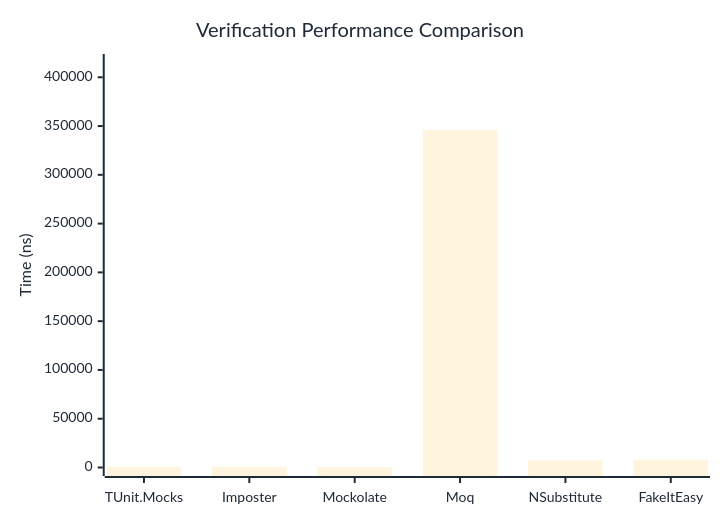
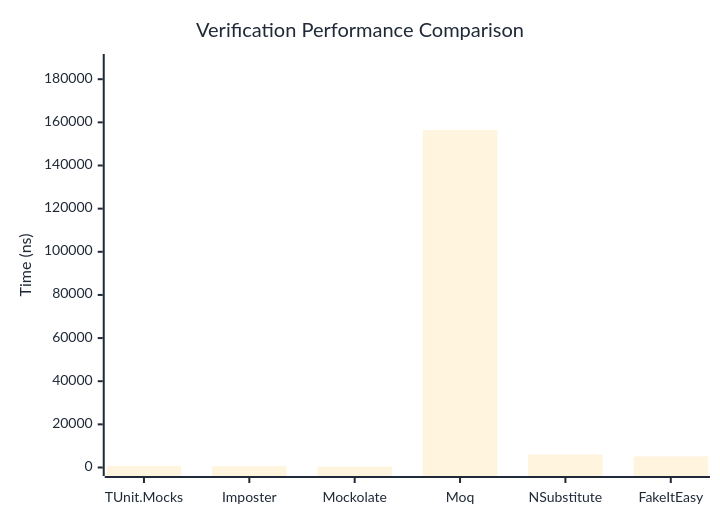
The first of 3 diagrams in docs/docs/benchmarks/mocks/Verification.md (thomhurst/TUnit), drawn with Mermaid before and after one commit. The commit also changed other lines of this file and 14 other files, not shown here.

````diff
--- a/docs/docs/benchmarks/mocks/Verification.md
+++ b/docs/docs/benchmarks/mocks/Verification.md
@@ -30,27 +30,27 @@
 ```mermaid
 %%{init: {
   'theme':'base',
   'themeVariables': {
     'primaryColor': '#2563eb',
     'primaryTextColor': '#1f2937',
     'primaryBorderColor': '#1e40af',
     'lineColor': '#6b7280',
     'secondaryColor': '#7c3aed',
     'tertiaryColor': '#dc2626',
     'background': '#ffffff',
     'pie1': '#2563eb',
     'pie2': '#7c3aed',
     'pie3': '#dc2626',
     'pie4': '#f59e0b',
     'pie5': '#10b981',
     'pie6': '#06b6d4',
     'pie7': '#ec4899',
     'pie8': '#6366f1'
   }
 }}%%
 xychart-beta
   title "Verification Performance Comparison"
   x-axis ["TUnit.Mocks", "Imposter", "Mockolate", "Moq", "NSubstitute", "FakeItEasy"]
-  y-axis "Time (ns)" 0 --> 415137
-  bar [757.23, 793.31, 455.6, 345947.46, 7113.51, 7883.26]
+  y-axis "Time (ns)" 0 --> 187749
+  bar [702.44, 643.11, 409.17, 156456.69, 6053.22, 5152.58]
 ```
````
